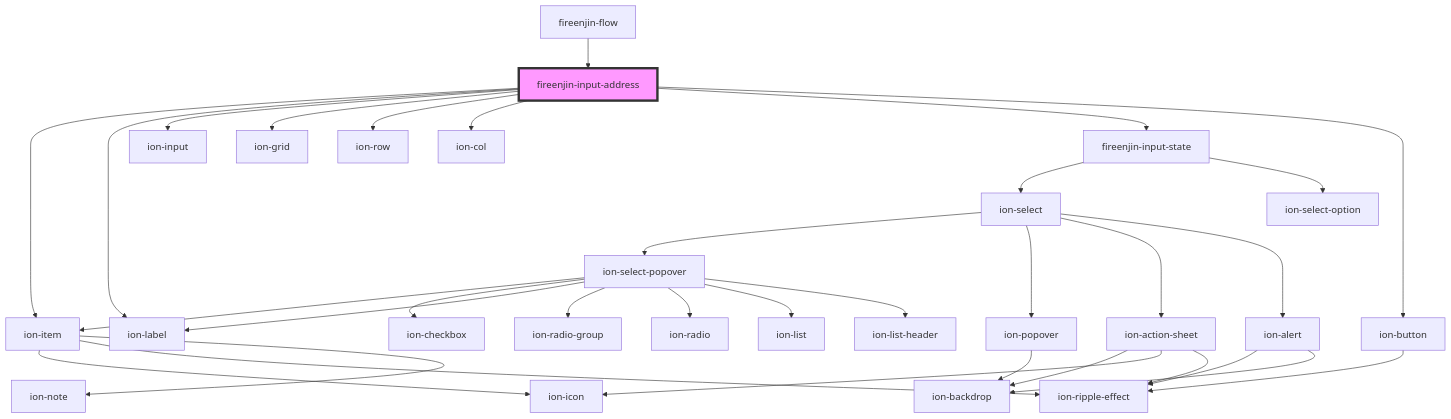
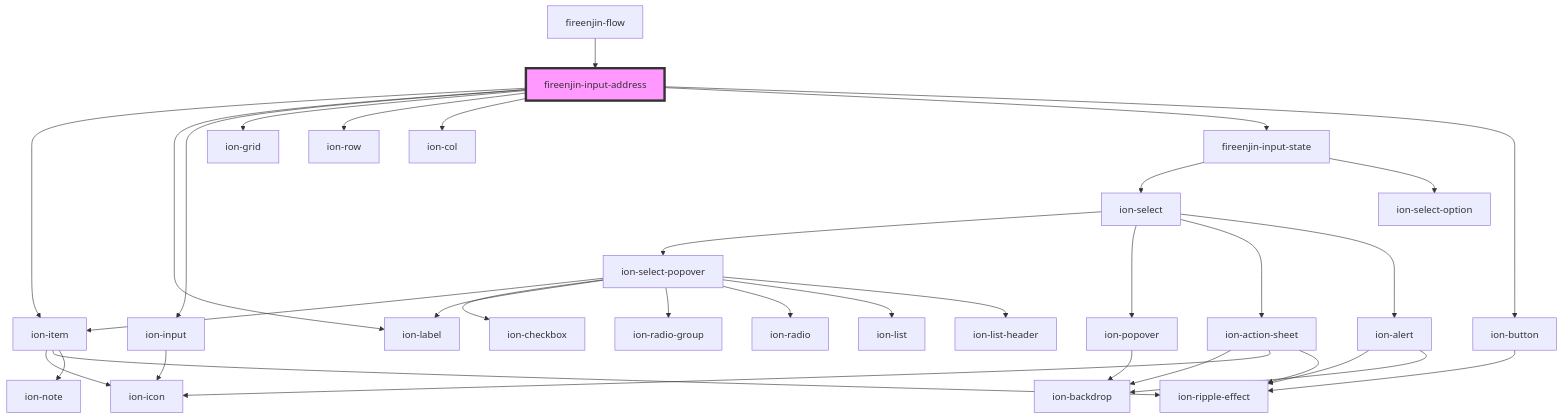
Before and after one commit to FireEnjin/Components: the diagram in src/components/input-address/readme.md, drawn with Mermaid. The commit also changed 10 other files, not shown here.

````diff
--- a/src/components/input-address/readme.md
+++ b/src/components/input-address/readme.md
@@ -47,36 +47,37 @@
 ```mermaid
 graph TD;
   fireenjin-input-address --> ion-item
   fireenjin-input-address --> ion-label
   fireenjin-input-address --> ion-input
   fireenjin-input-address --> ion-grid
   fireenjin-input-address --> ion-row
   fireenjin-input-address --> ion-col
   fireenjin-input-address --> fireenjin-input-state
   fireenjin-input-address --> ion-button
   ion-item --> ion-icon
   ion-item --> ion-ripple-effect
   ion-item --> ion-note
+  ion-input --> ion-icon
   fireenjin-input-state --> ion-select
   fireenjin-input-state --> ion-select-option
   ion-select --> ion-select-popover
   ion-select --> ion-popover
   ion-select --> ion-action-sheet
   ion-select --> ion-alert
   ion-select-popover --> ion-item
   ion-select-popover --> ion-checkbox
   ion-select-popover --> ion-label
   ion-select-popover --> ion-radio-group
   ion-select-popover --> ion-radio
   ion-select-popover --> ion-list
   ion-select-popover --> ion-list-header
   ion-popover --> ion-backdrop
   ion-action-sheet --> ion-backdrop
   ion-action-sheet --> ion-icon
   ion-action-sheet --> ion-ripple-effect
   ion-alert --> ion-ripple-effect
   ion-alert --> ion-backdrop
   ion-button --> ion-ripple-effect
   fireenjin-flow --> fireenjin-input-address
   style fireenjin-input-address fill:#f9f,stroke:#333,stroke-width:4px
 ```
````
